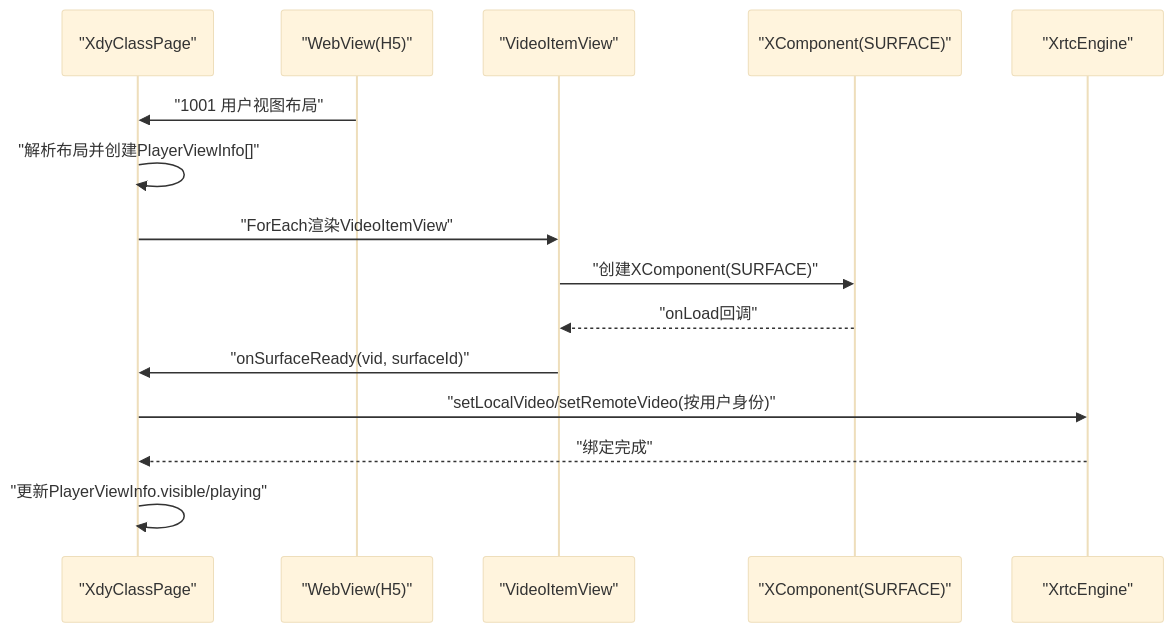
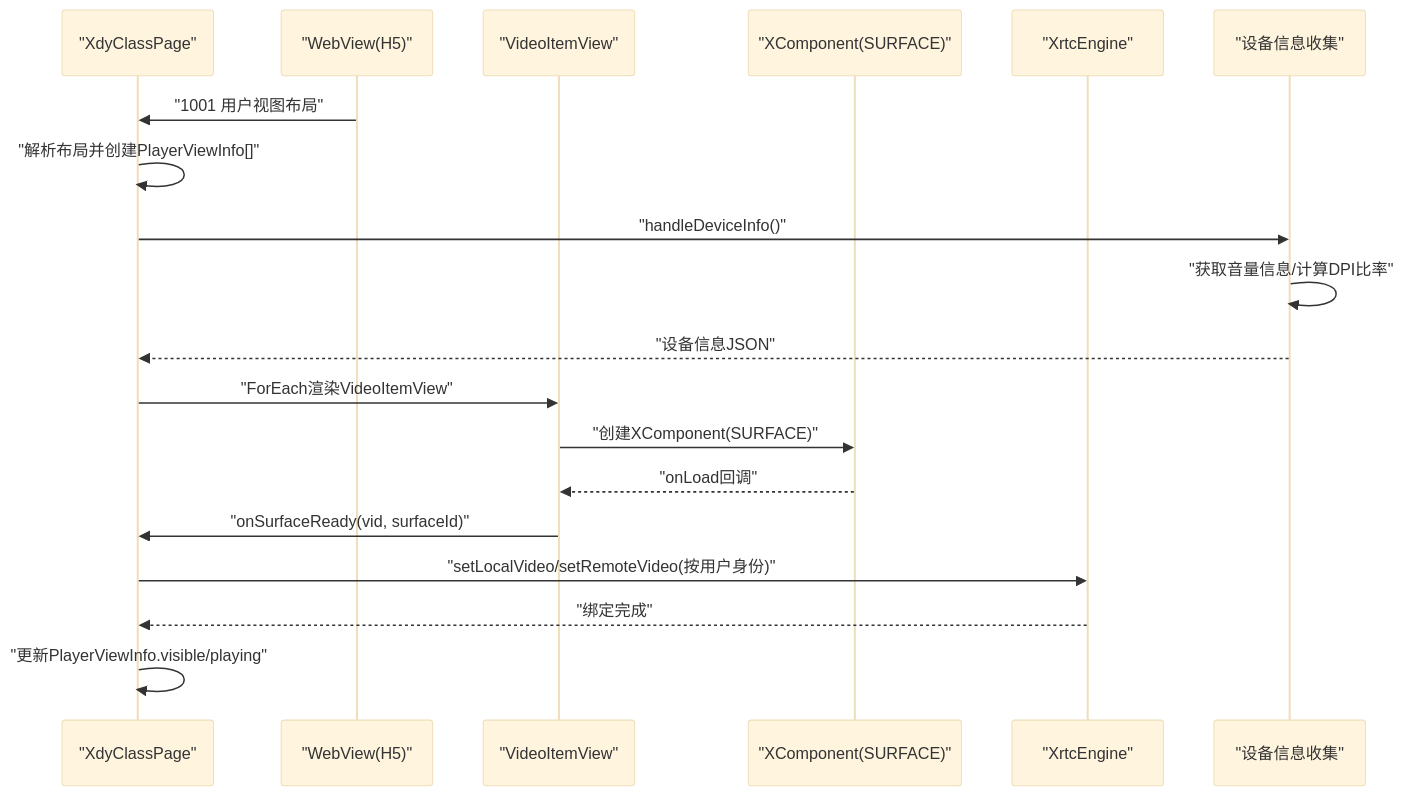
Before and after one commit to huz1xuan/harmony_XDY: the second of 8 diagrams in .qoder/repowiki/zh/content/主要功能模块/视频渲染系统.md, drawn with Mermaid (base theme). The commit also changed other lines of this file and 15 other files, not shown here.

````diff
--- a/.qoder/repowiki/zh/content/主要功能模块/视频渲染系统.md
+++ b/.qoder/repowiki/zh/content/主要功能模块/视频渲染系统.md
@@ -94,17 +108,21 @@
 ```mermaid
 sequenceDiagram
 participant Page as "XdyClassPage"
 participant H5 as "WebView(H5)"
 participant Item as "VideoItemView"
 participant XC as "XComponent(SURFACE)"
 participant Engine as "XrtcEngine"
+participant Device as "设备信息收集"
 H5->>Page : "1001 用户视图布局"
 Page->>Page : "解析布局并创建PlayerViewInfo[]"
+Page->>Device : "handleDeviceInfo()"
+Device->>Device : "获取音量信息/计算DPI比率"
+Device-->>Page : "设备信息JSON"
 Page->>Item : "ForEach渲染VideoItemView"
 Item->>XC : "创建XComponent(SURFACE)"
 XC-->>Item : "onLoad回调"
 Item->>Page : "onSurfaceReady(vid, surfaceId)"
 Page->>Engine : "setLocalVideo/setRemoteVideo(按用户身份)"
 Engine-->>Page : "绑定完成"
 Page->>Page : "更新PlayerViewInfo.visible/playing"
 ```
````
